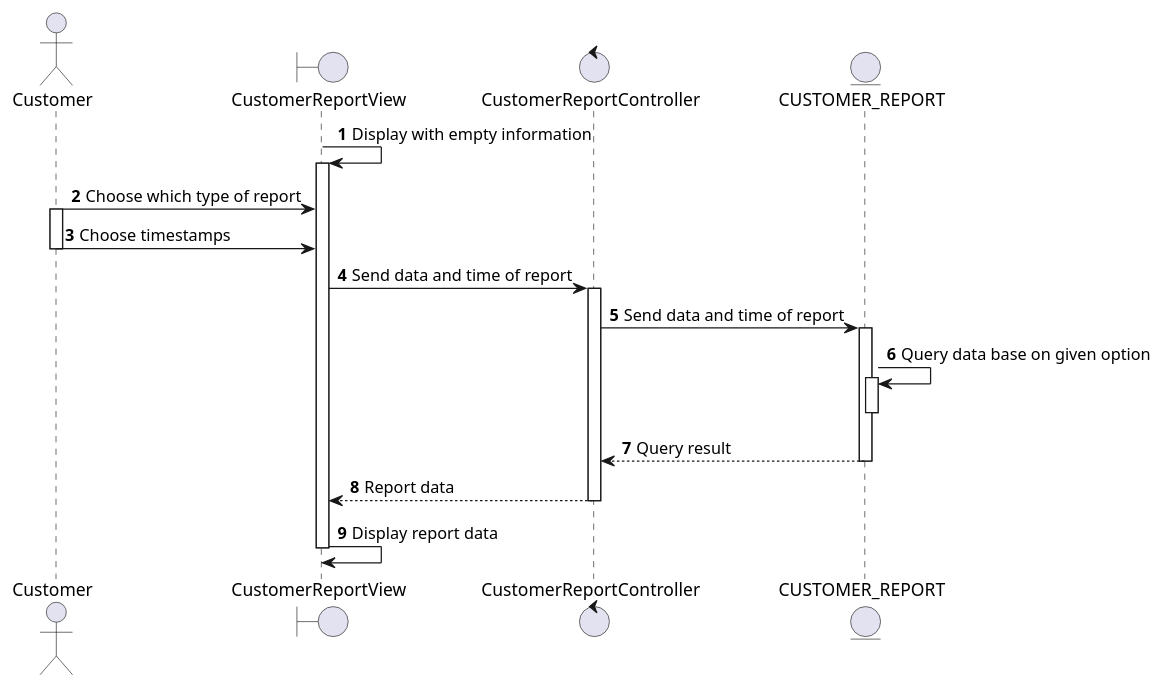
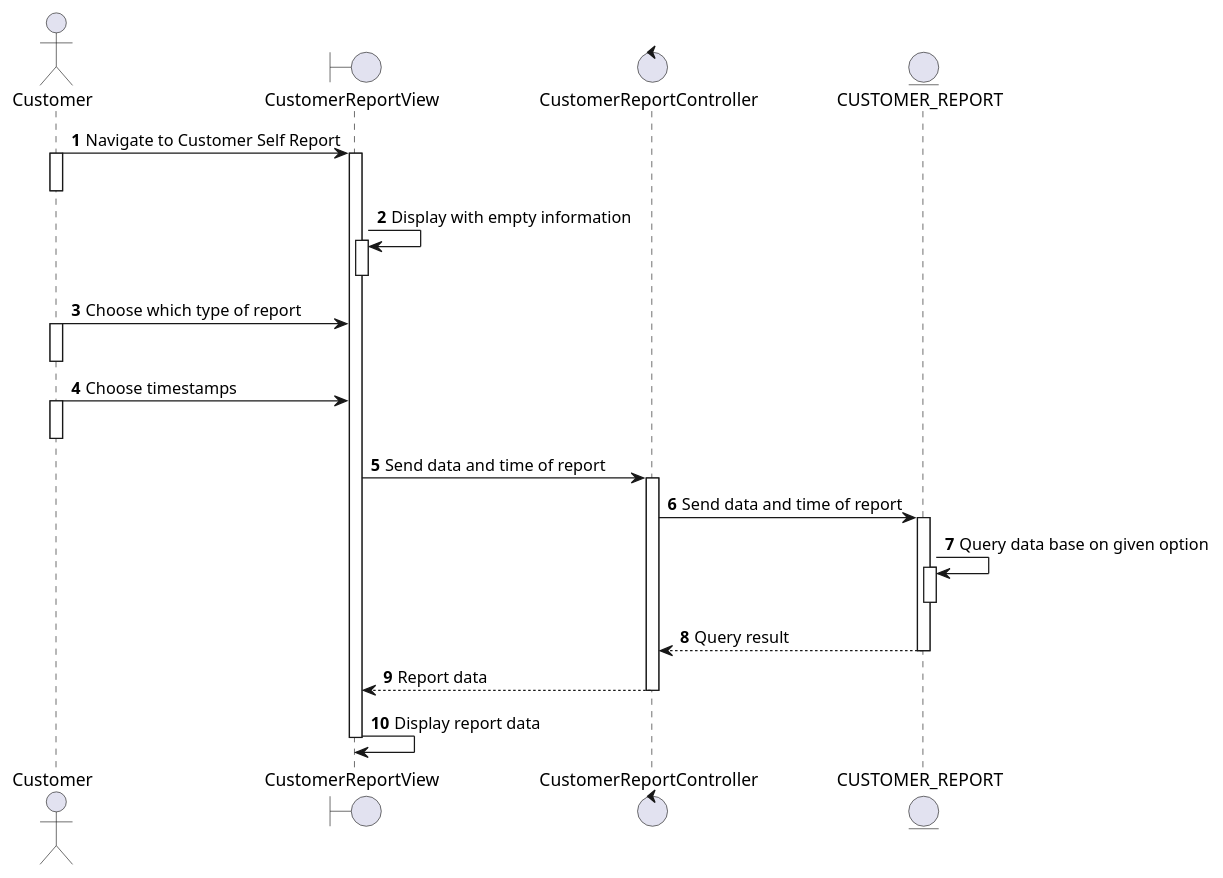
The diagram in docs/software-docs/sequence/view-customer-self-report/view-customer-self-report.md (electricilies/electricilies.github.io), drawn with PlantUML before and after one commit. The commit also changed 16 other files, not shown here.

Commit message:
refactor: sequence diagrams start from user side, and some minor

````diff
--- a/docs/software-docs/sequence/view-customer-self-report/view-customer-self-report.md
+++ b/docs/software-docs/sequence/view-customer-self-report/view-customer-self-report.md
@@ -3,31 +3,38 @@
 ```plantuml
 @startuml
 autonumber
 
 actor Customer as C
 boundary CustomerReportView as CRV
 control CustomerReportController as CRC
 entity CUSTOMER_REPORT as CR
 
+C -> CRV: Navigate to Customer Self Report
+activate C
+activate CRV
+deactivate C
 CRV -> CRV: Display with empty information
 activate CRV
+deactivate CRV
 C -> CRV: Choose which type of report
 activate C
+deactivate C
 C -> CRV: Choose timestamps
+activate C
 deactivate C
 CRV -> CRC: Send data and time of report
 activate CRC
 CRC -> CR: Send data and time of report
 activate CR
 CR -> CR: Query data base on given option
 activate CR
 deactivate CR
 CRC <-- CR: Query result
 deactivate CR
 CRV <-- CRC: Report data
 deactivate CRC
 CRV -> CRV: Display report data
 deactivate CRV
 
 @enduml
 ```
````
